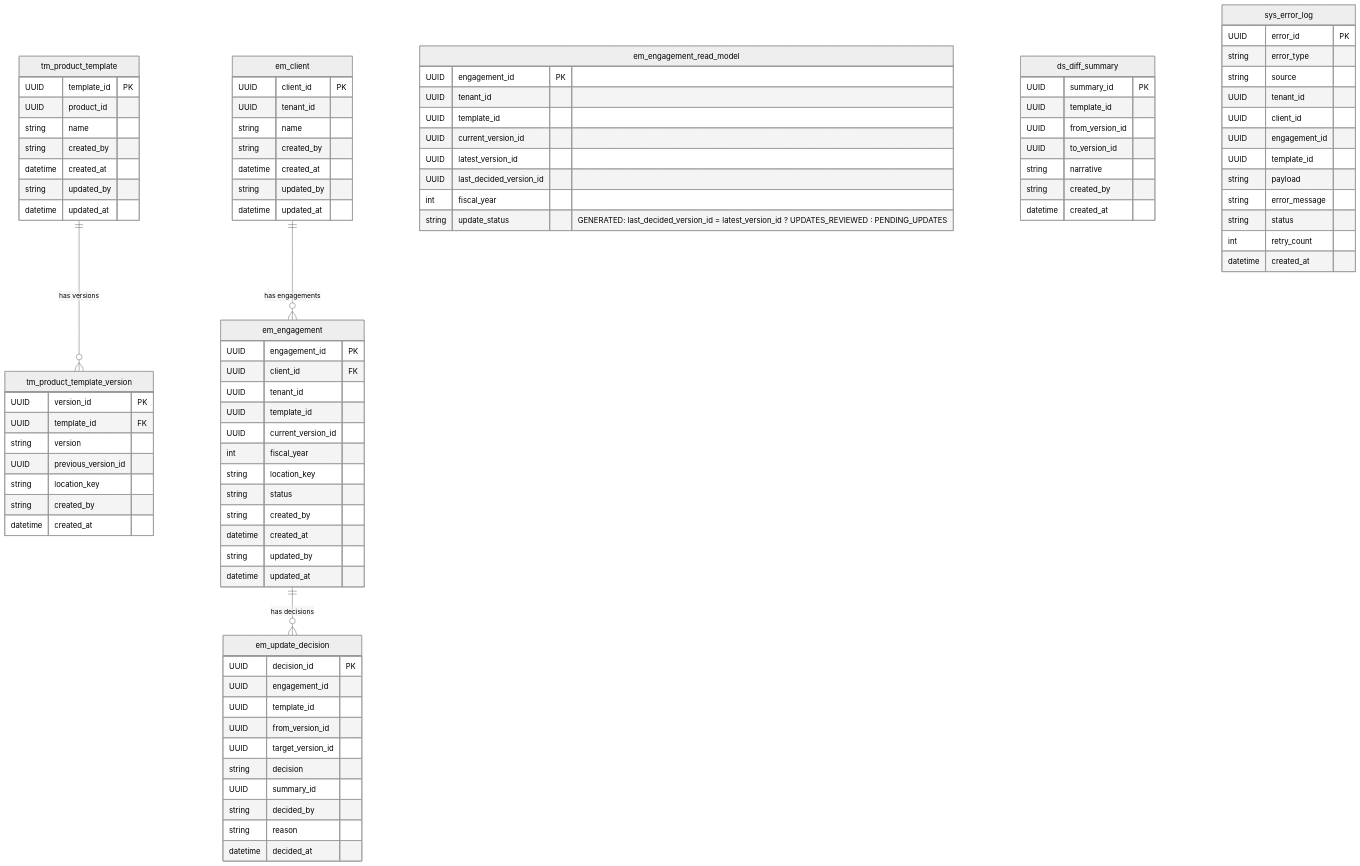
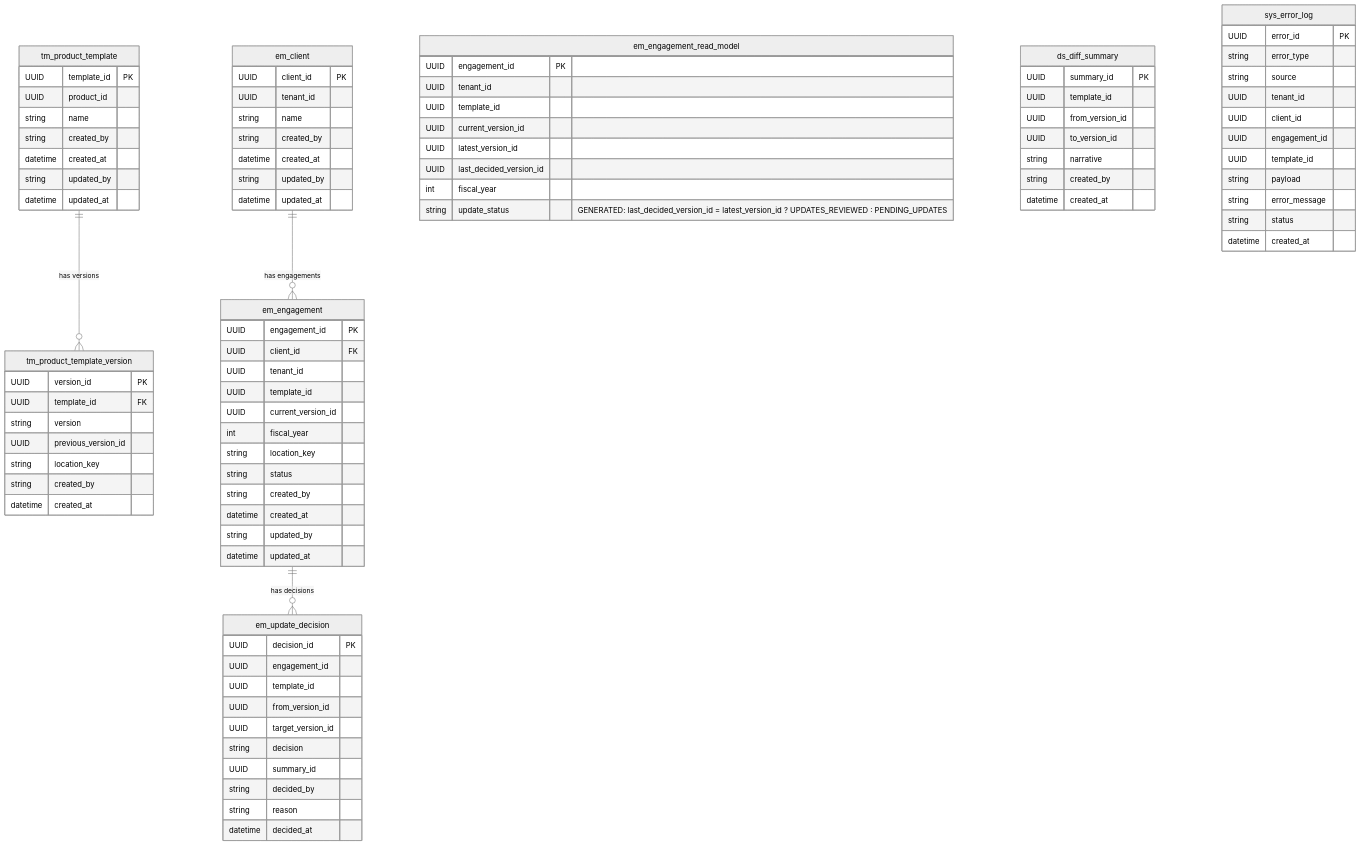
The diagram in architecture/erd.md (jose-foronda/caseware_test_2026_09), drawn with Mermaid (neutral theme) before and after one commit. The commit also changed other lines of this file and 1 other file, not shown here.

```diff
--- a/architecture/erd.md
+++ b/architecture/erd.md
@@ -126,7 +126,6 @@
         string   payload
         string   error_message
         string   status
-        int      retry_count
         datetime created_at
     }
 
```
